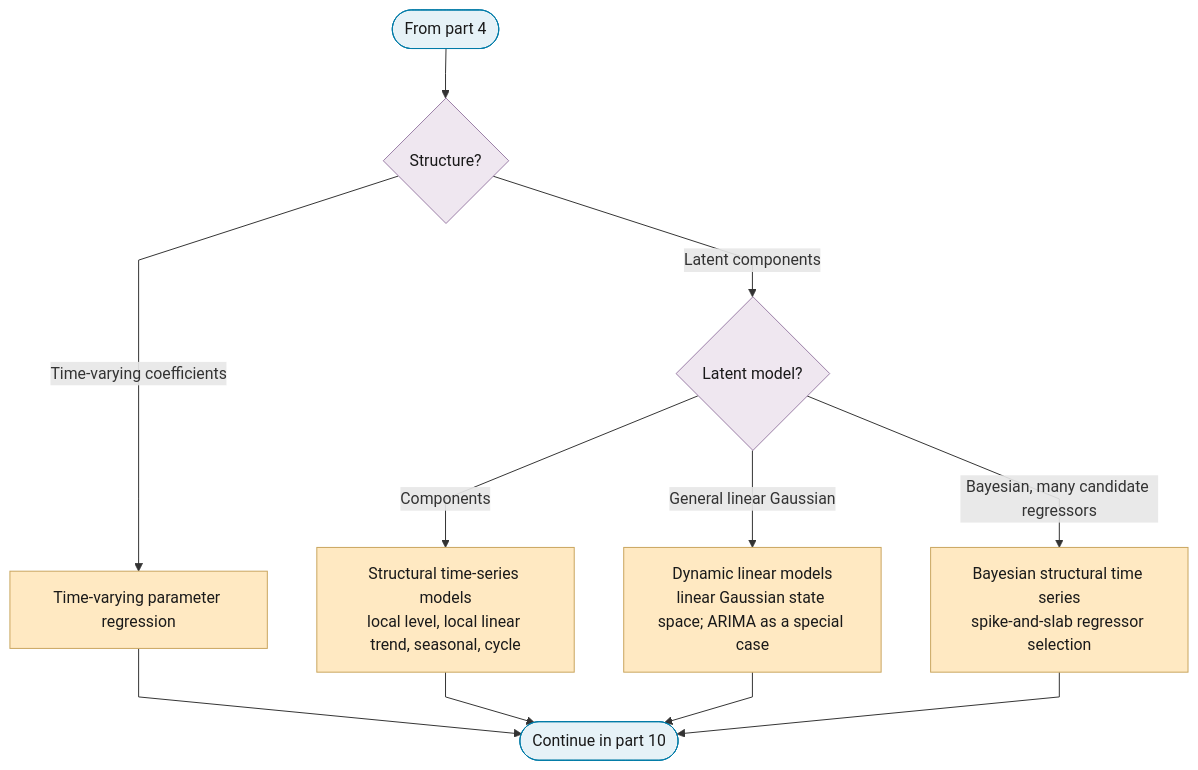
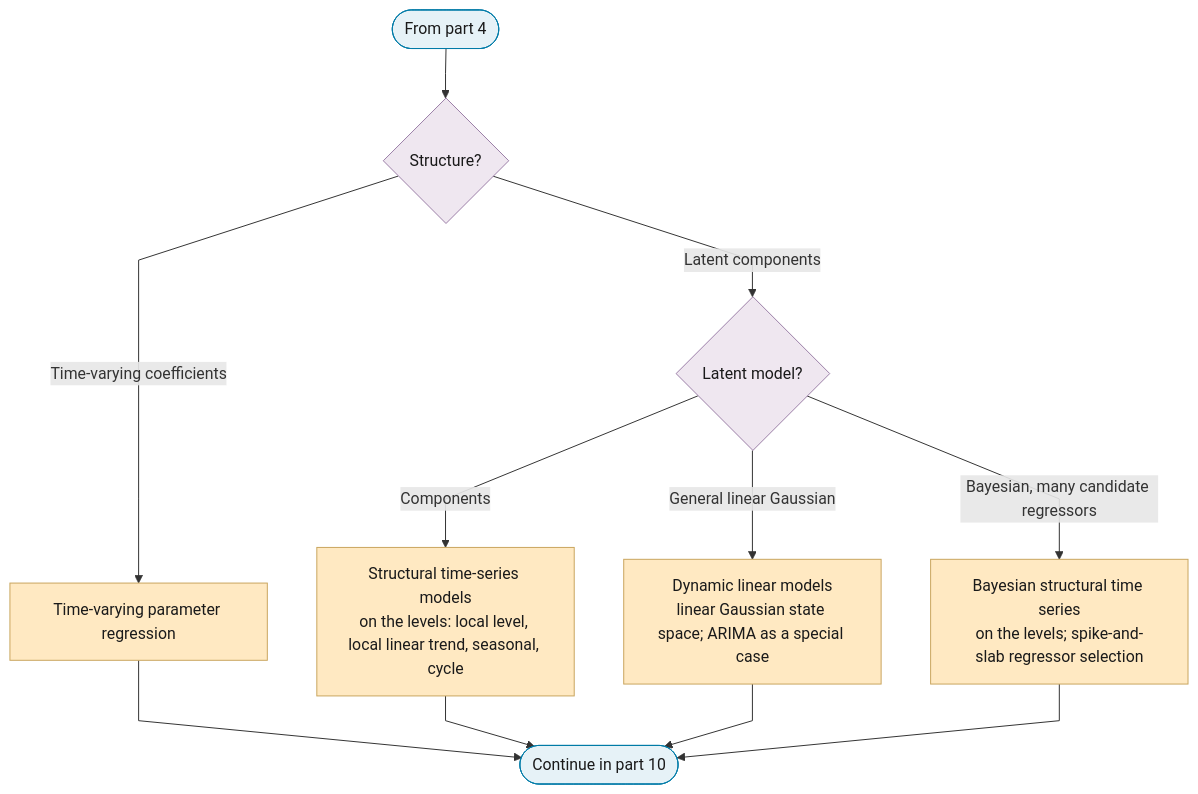
Before and after one commit to Shuxin-Y/time-series-analysis-manual: the sixth of 10 diagrams in docs/01-workflow/p06-mean-model-class.md, drawn with Mermaid. The commit also changed other lines of this file and 6 other files, not shown here.

````diff
--- a/docs/01-workflow/p06-mean-model-class.md
+++ b/docs/01-workflow/p06-mean-model-class.md
@@ -162,22 +162,22 @@
 ```mermaid
 %%{init: {"flowchart": {"curve": "linear"}}}%%
 graph TD
     P6_PART_6_IN(["From part 4"]) --> P6_STRUCTURED{"Structure?"}
     P6_STRUCTURED -->|"Time-varying coefficients"| P6_TVP_REGRESSION["Time-varying parameter regression"]
     P6_STRUCTURED -->|"Latent components"| P6_LATENT_MODEL{"Latent model?"}
-    P6_LATENT_MODEL -->|"Components"| P6_STRUCTURAL_TS["Structural time-series models<br/>local level, local linear trend, seasonal, cycle"]
+    P6_LATENT_MODEL -->|"Components"| P6_STRUCTURAL_TS["Structural time-series models<br/>on the levels: local level, local linear trend, seasonal, cycle"]
     P6_LATENT_MODEL -->|"General linear Gaussian"| P6_DLM["Dynamic linear models<br/>linear Gaussian state space; ARIMA as a special case"]
-    P6_LATENT_MODEL -->|"Bayesian, many candidate regressors"| P6_BSTS["Bayesian structural time series<br/>spike-and-slab regressor selection"]
+    P6_LATENT_MODEL -->|"Bayesian, many candidate regressors"| P6_BSTS["Bayesian structural time series<br/>on the levels; spike-and-slab regressor selection"]
     P6_TVP_REGRESSION & P6_STRUCTURAL_TS & P6_DLM & P6_BSTS --> P6_PART_6_OUT(["Continue in part 10"])
     class P6_TVP_REGRESSION,P6_STRUCTURAL_TS,P6_DLM,P6_BSTS escalate
     class P6_PART_6_IN,P6_PART_6_OUT terminator
     class P6_STRUCTURED,P6_LATENT_MODEL decision
     classDef terminator fill:#E6F2F7,stroke:#007BA7,color:#1A1A1A;
     classDef process fill:#FFFFFF,stroke:#5A6B73,color:#1A1A1A;
     classDef decision fill:#EFE7F0,stroke:#9B7FA7,color:#1A1A1A;
     classDef data fill:#FFF4E0,stroke:#C9A55E,color:#1A1A1A;
     classDef good fill:#DCEFD8,stroke:#4A7A3F,color:#1A1A1A;
     classDef escalate fill:#FFE9C2,stroke:#C9A55E,color:#1A1A1A;
     classDef problem fill:#F2D9DE,stroke:#800020,color:#1A1A1A;
     classDef ref fill:#F7F7F7,stroke:#5A6B73,color:#1A1A1A,stroke-dasharray:4 3;
 ```
````
